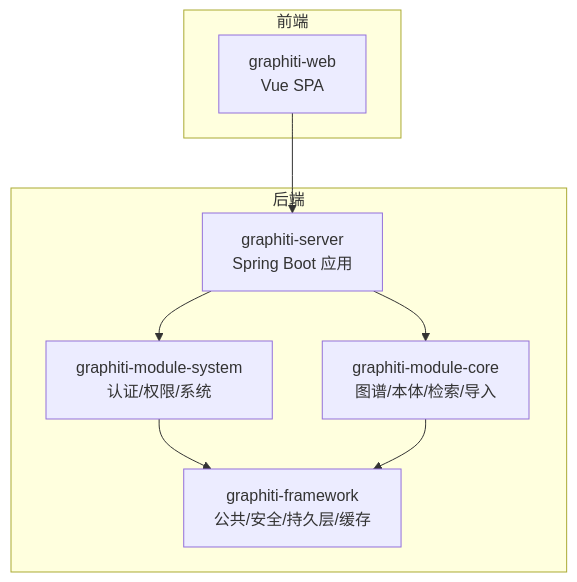
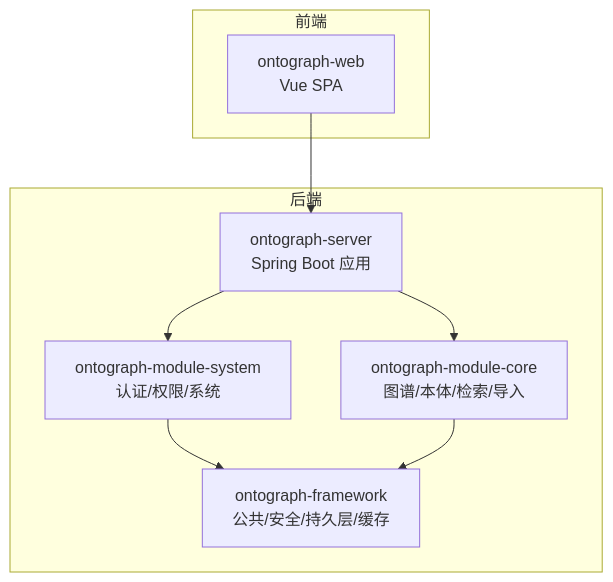
Before and after one commit to joezxh/graphiti-java: the second of 7 diagrams in docs/manual/架构设计/模块化设计/模块化设计.md, drawn with Mermaid. The commit also changed other lines of this file and 200 other files, not shown here.

````diff
--- a/docs/manual/架构设计/模块化设计/模块化设计.md
+++ b/docs/manual/架构设计/模块化设计/模块化设计.md
@@ -100,17 +100,17 @@
 ```mermaid
 graph TB
 subgraph "前端"
-WEB["graphiti-web<br/>Vue SPA"]
+WEB["ontograph-web<br/>Vue SPA"]
 end
 subgraph "后端"
-APP["graphiti-server<br/>Spring Boot 应用"]
-SYS["graphiti-module-system<br/>认证/权限/系统"]
-CORE["graphiti-module-core<br/>图谱/本体/检索/导入"]
-FW["graphiti-framework<br/>公共/安全/持久层/缓存"]
+APP["ontograph-server<br/>Spring Boot 应用"]
+SYS["ontograph-module-system<br/>认证/权限/系统"]
+CORE["ontograph-module-core<br/>图谱/本体/检索/导入"]
+FW["ontograph-framework<br/>公共/安全/持久层/缓存"]
 end
 WEB --> APP
 APP --> SYS
 APP --> CORE
 SYS --> FW
 CORE --> FW
 ```
````
